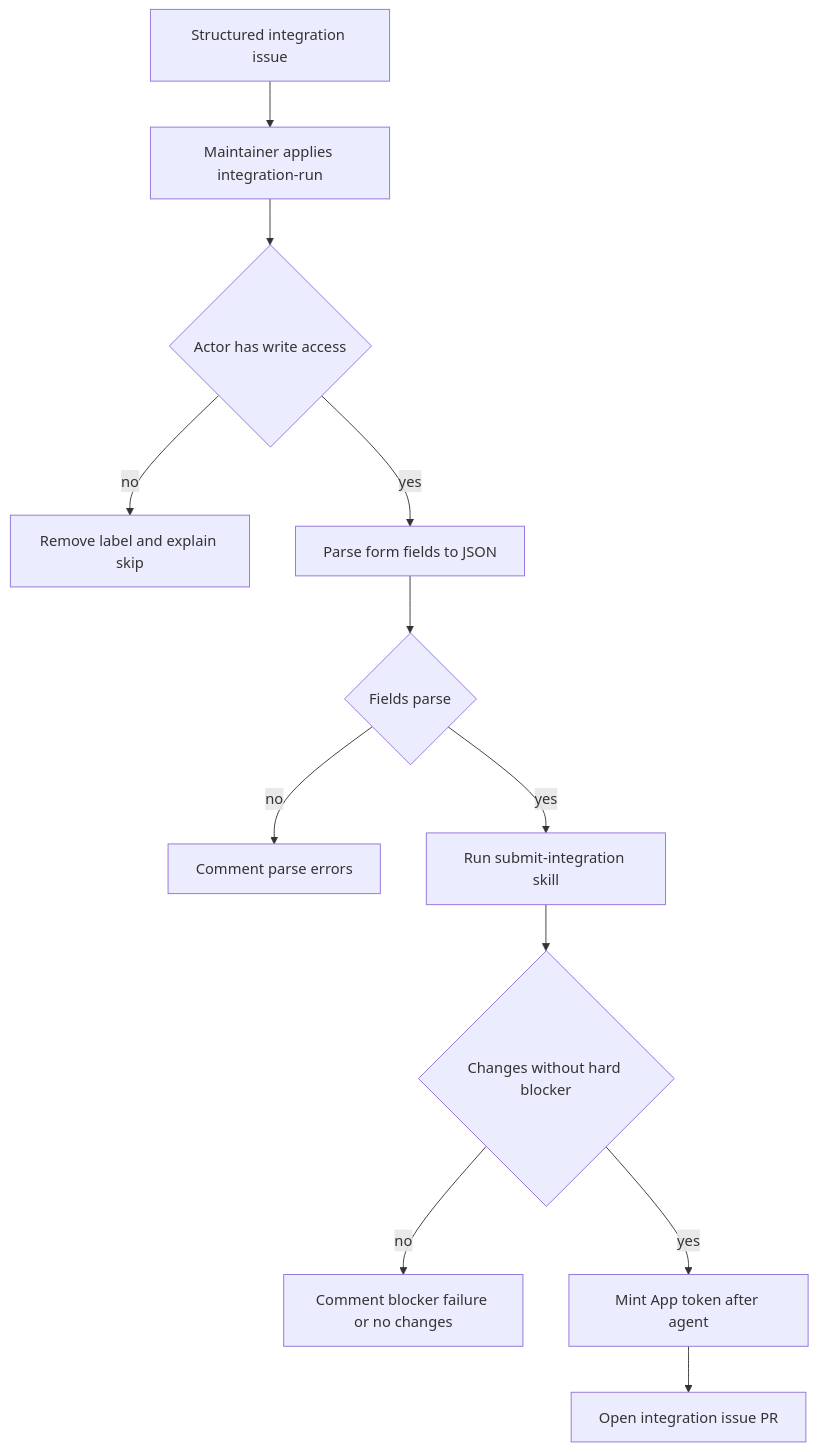
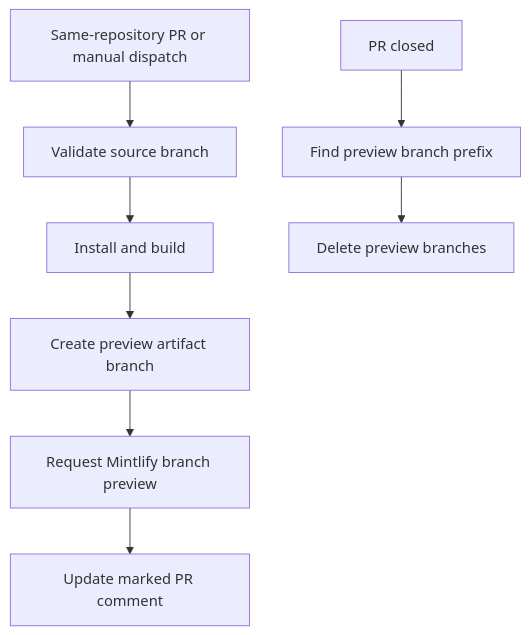
One commit to langchain-ai/docs changed the diagram in openwiki/quickstart.md. Above: the diagram before and after it, drawn with Mermaid. The commit also changed other lines of this file and 20 other files, not shown here.

````diff
--- a/openwiki/quickstart.md
+++ b/openwiki/quickstart.md
@@ -114,14 +127,10 @@
 ```mermaid
 flowchart TD
-  Form["Structured integration issue"] --> Gate["Maintainer applies integration-run"]
-  Gate --> Auth{"Actor has write access"}
-  Auth -->|"no"| Remove["Remove label and explain skip"]
-  Auth -->|"yes"| Parse["Parse form fields to JSON"]
-  Parse --> Valid{"Fields parse"}
-  Valid -->|"no"| Feedback["Comment parse errors"]
-  Valid -->|"yes"| Agent["Run submit-integration skill"]
-  Agent --> Result{"Changes without hard blocker"}
-  Result -->|"no"| Report["Comment blocker failure or no changes"]
-  Result -->|"yes"| Token["Mint App token after agent"]
-  Token --> Pull["Open integration issue PR"]
+  Event["Same-repository PR or manual dispatch"] --> Validate["Validate source branch"]
+  Validate --> Build["Install and build"]
+  Build --> Branch["Create preview artifact branch"]
+  Branch --> Deploy["Request Mintlify branch preview"]
+  Deploy --> Comment["Update marked PR comment"]
+  Closed["PR closed"] --> Match["Find preview branch prefix"]
+  Match --> Cleanup["Delete preview branches"]
 ```
````
